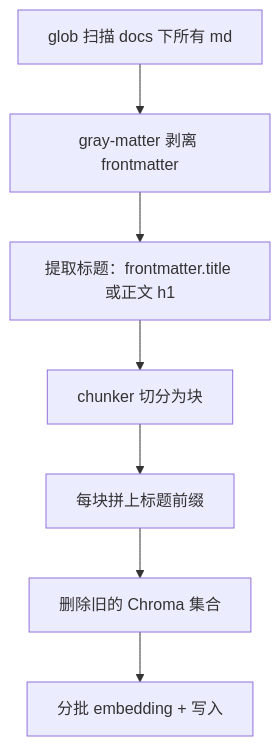
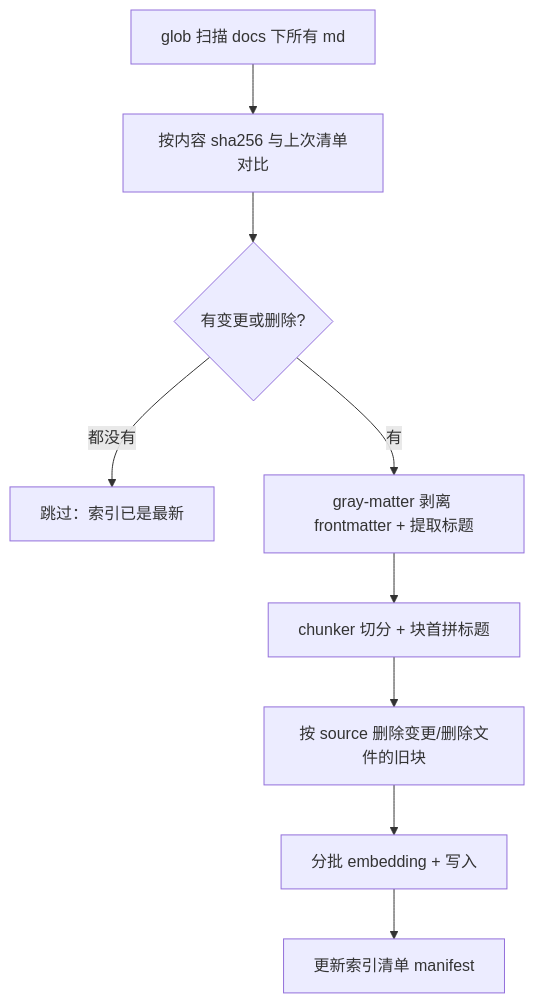
One commit to jun2333/knowledge changed the diagram in docs/project-architecture/03-server-rag.md. Above: the diagram before and after it, drawn with Mermaid. The commit also changed other lines of this file and 42 other files, not shown here.

````diff
--- a/docs/project-architecture/03-server-rag.md
+++ b/docs/project-architecture/03-server-rag.md
@@ -51,9 +51,11 @@
 ```mermaid
 flowchart TD
-  A[glob 扫描 docs 下所有 md] --> B[gray-matter 剥离 frontmatter]
-  B --> C[提取标题：frontmatter.title 或正文 h1]
-  C --> D[chunker 切分为块]
-  D --> E[每块拼上标题前缀]
-  E --> F[删除旧的 Chroma 集合]
+  A[glob 扫描 docs 下所有 md] --> B[按内容 sha256 与上次清单对比]
+  B --> C{有变更或删除?}
+  C -->|都没有| Z[跳过：索引已是最新]
+  C -->|有| D[gray-matter 剥离 frontmatter + 提取标题]
+  D --> E[chunker 切分 + 块首拼标题]
+  E --> F[按 source 删除变更/删除文件的旧块]
   F --> G[分批 embedding + 写入]
+  G --> H[更新索引清单 manifest]
 ```
````
